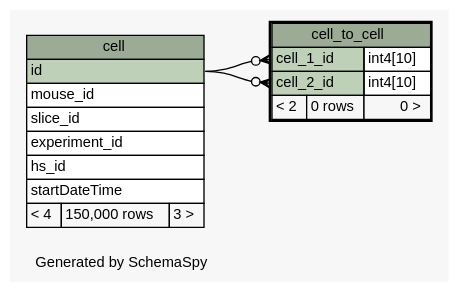
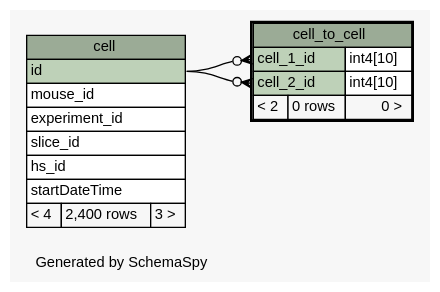
Before and after one commit to tgbugs/mlab: the diagram in database/ss/diagrams/cell_to_cell.1degree.dot, drawn with Graphviz. The commit also changed 216 other files, not shown here.

```diff
--- a/database/ss/diagrams/cell_to_cell.1degree.dot
+++ b/database/ss/diagrams/cell_to_cell.1degree.dot
@@ -1,50 +1,50 @@
 // dot 2.32.0 on Windows 7 6.1
 // SchemaSpy rev 590
 digraph "oneDegreeRelationshipsDiagram" {
   graph [
     rankdir="RL"
     bgcolor="#f7f7f7"
     label="\nGenerated by SchemaSpy"
     labeljust="l"
     nodesep="0.18"
     ranksep="0.46"
     fontname="Helvetica"
     fontsize="11"
   ];
   node [
     fontname="Helvetica"
     fontsize="11"
     shape="plaintext"
   ];
   edge [
     arrowsize="0.8"
   ];
   "cell_to_cell":"cell_1_id":w -> "cell":"id":e [arrowhead=none dir=back arrowtail=crowodot];
   "cell_to_cell":"cell_2_id":w -> "cell":"id":e [arrowhead=none dir=back arrowtail=crowodot];
   "cell" [
     label=<
     <TABLE BORDER="0" CELLBORDER="1" CELLSPACING="0" BGCOLOR="#ffffff">
       <TR><TD COLSPAN="3" BGCOLOR="#9bab96" ALIGN="CENTER">cell</TD></TR>
       <TR><TD PORT="id" COLSPAN="3" BGCOLOR="#bed1b8" ALIGN="LEFT">id</TD></TR>
       <TR><TD PORT="mouse_id" COLSPAN="3" ALIGN="LEFT">mouse_id</TD></TR>
+      <TR><TD PORT="experiment_id" COLSPAN="3" ALIGN="LEFT">experiment_id</TD></TR>
       <TR><TD PORT="slice_id" COLSPAN="3" ALIGN="LEFT">slice_id</TD></TR>
-      <TR><TD PORT="experiment_id" COLSPAN="3" ALIGN="LEFT">experiment_id</TD></TR>
       <TR><TD PORT="hs_id" COLSPAN="3" ALIGN="LEFT">hs_id</TD></TR>
       <TR><TD PORT="startDateTime" COLSPAN="3" ALIGN="LEFT">startDateTime</TD></TR>
-      <TR><TD ALIGN="LEFT" BGCOLOR="#f7f7f7">&lt; 4</TD><TD ALIGN="RIGHT" BGCOLOR="#f7f7f7">150,000 rows</TD><TD ALIGN="RIGHT" BGCOLOR="#f7f7f7">3 &gt;</TD></TR>
+      <TR><TD ALIGN="LEFT" BGCOLOR="#f7f7f7">&lt; 4</TD><TD ALIGN="RIGHT" BGCOLOR="#f7f7f7">2,400 rows</TD><TD ALIGN="RIGHT" BGCOLOR="#f7f7f7">3 &gt;</TD></TR>
     </TABLE>>
     URL="cell.html"
     tooltip="cell"
   ];
   "cell_to_cell" [
     label=<
     <TABLE BORDER="2" CELLBORDER="1" CELLSPACING="0" BGCOLOR="#ffffff">
       <TR><TD COLSPAN="3" BGCOLOR="#9bab96" ALIGN="CENTER">cell_to_cell</TD></TR>
       <TR><TD PORT="cell_1_id" COLSPAN="2" BGCOLOR="#bed1b8" ALIGN="LEFT">cell_1_id</TD><TD PORT="cell_1_id.type" ALIGN="LEFT">int4[10]</TD></TR>
       <TR><TD PORT="cell_2_id" COLSPAN="2" BGCOLOR="#bed1b8" ALIGN="LEFT">cell_2_id</TD><TD PORT="cell_2_id.type" ALIGN="LEFT">int4[10]</TD></TR>
       <TR><TD ALIGN="LEFT" BGCOLOR="#f7f7f7">&lt; 2</TD><TD ALIGN="RIGHT" BGCOLOR="#f7f7f7">0 rows</TD><TD ALIGN="RIGHT" BGCOLOR="#f7f7f7">0 &gt;</TD></TR>
     </TABLE>>
     URL="cell_to_cell.html"
     tooltip="cell_to_cell"
   ];
 }
```
